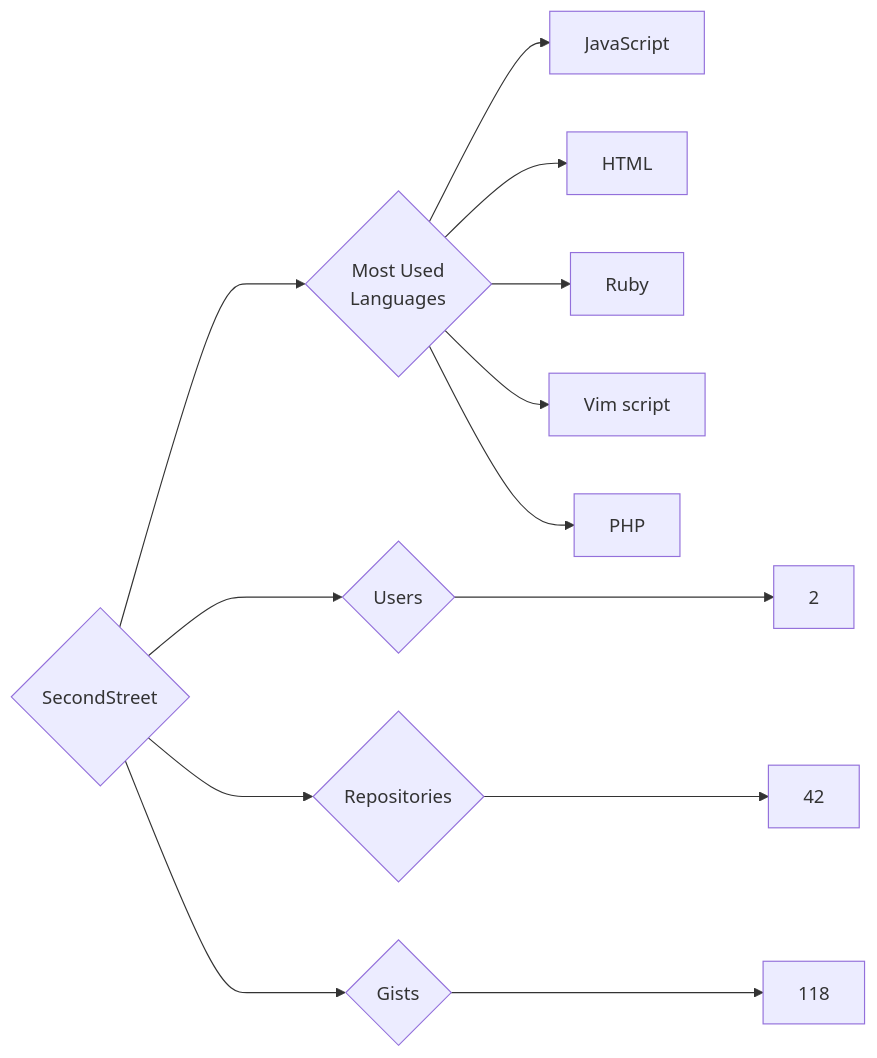
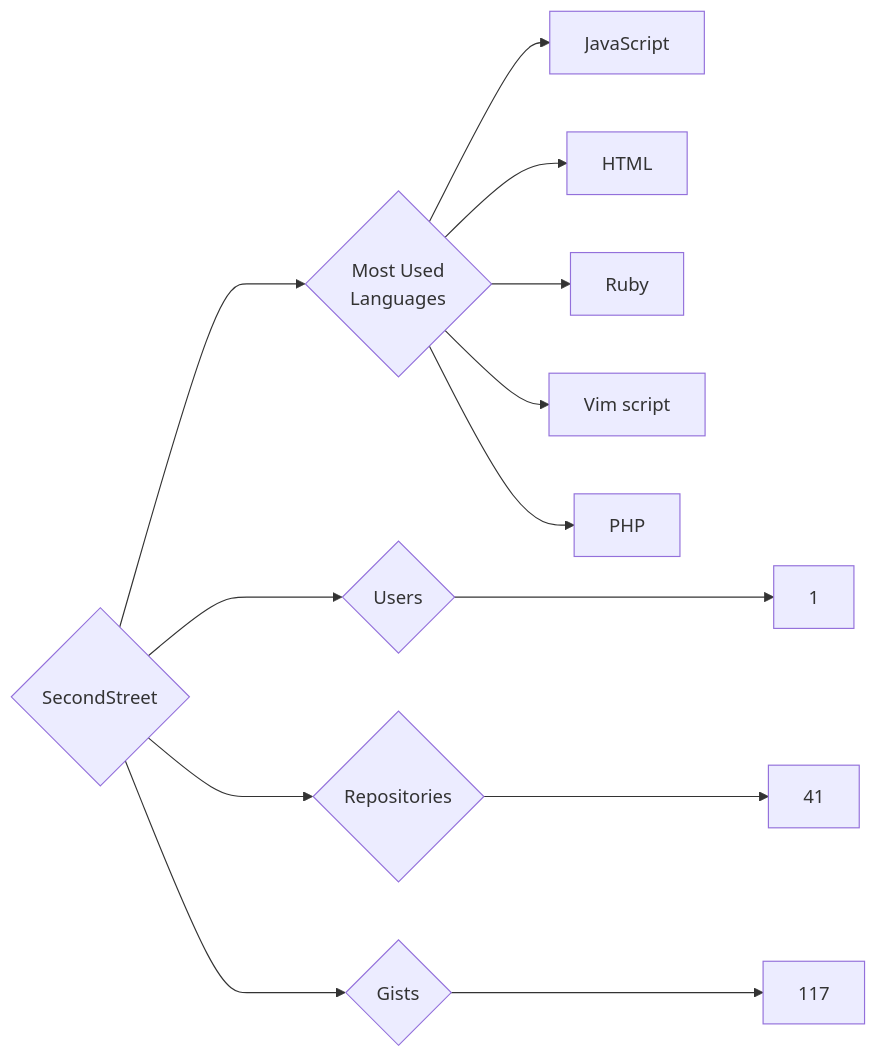
One commit to trickest/insiders changed the diagram in targets/SecondStreet/README.md. Above: the diagram before and after it, drawn with Mermaid. The commit also changed 886 other files, not shown here.

````diff
--- a/targets/SecondStreet/README.md
+++ b/targets/SecondStreet/README.md
@@ -3,13 +3,13 @@
 ```mermaid
 graph LR
 COMPANY_NAME{SecondStreet}
-COMPANY_NAME ---> U{Users} ---> UN[2]
-COMPANY_NAME ---> R{Repositories} ---> RN[42]
-COMPANY_NAME ---> G{Gists} ---> GN[118]
+COMPANY_NAME ---> U{Users} ---> UN[1]
+COMPANY_NAME ---> R{Repositories} ---> RN[41]
+COMPANY_NAME ---> G{Gists} ---> GN[117]
 COMPANY_NAME ---> ML{Most Used<br>Languages}
 ML --> JavaScript[JavaScript]
 ML --> HTML[HTML]
 ML --> Ruby[Ruby]
 ML --> Vim_script[Vim script]
 ML --> PHP[PHP]
 ```
````
